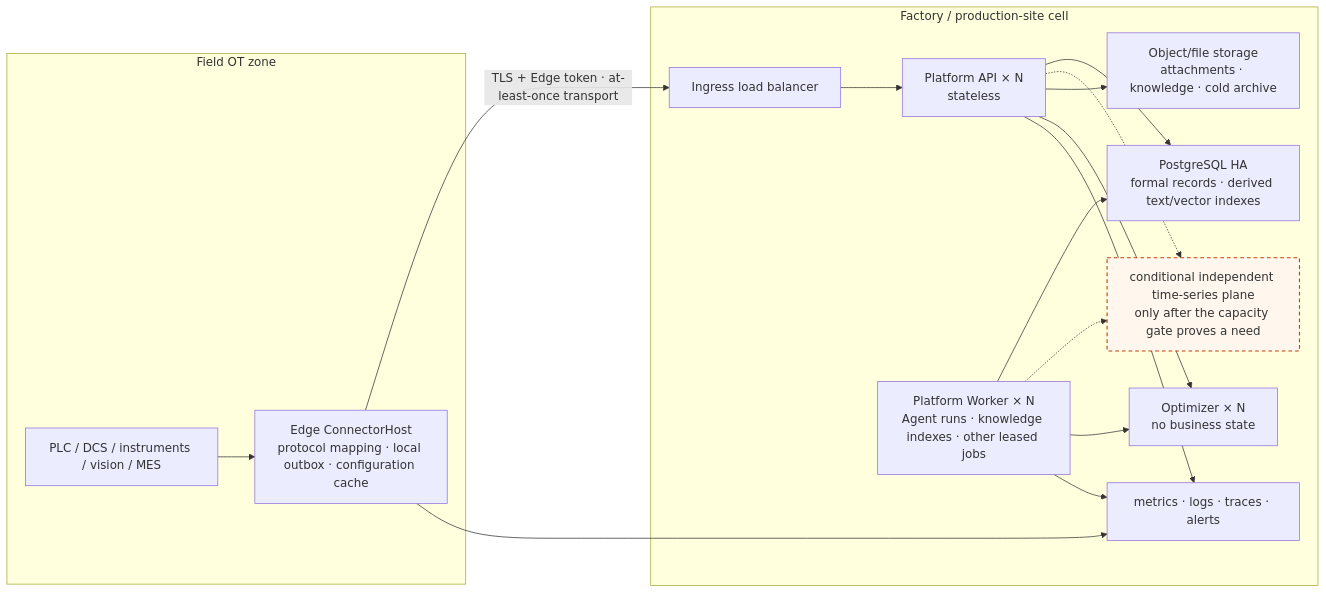
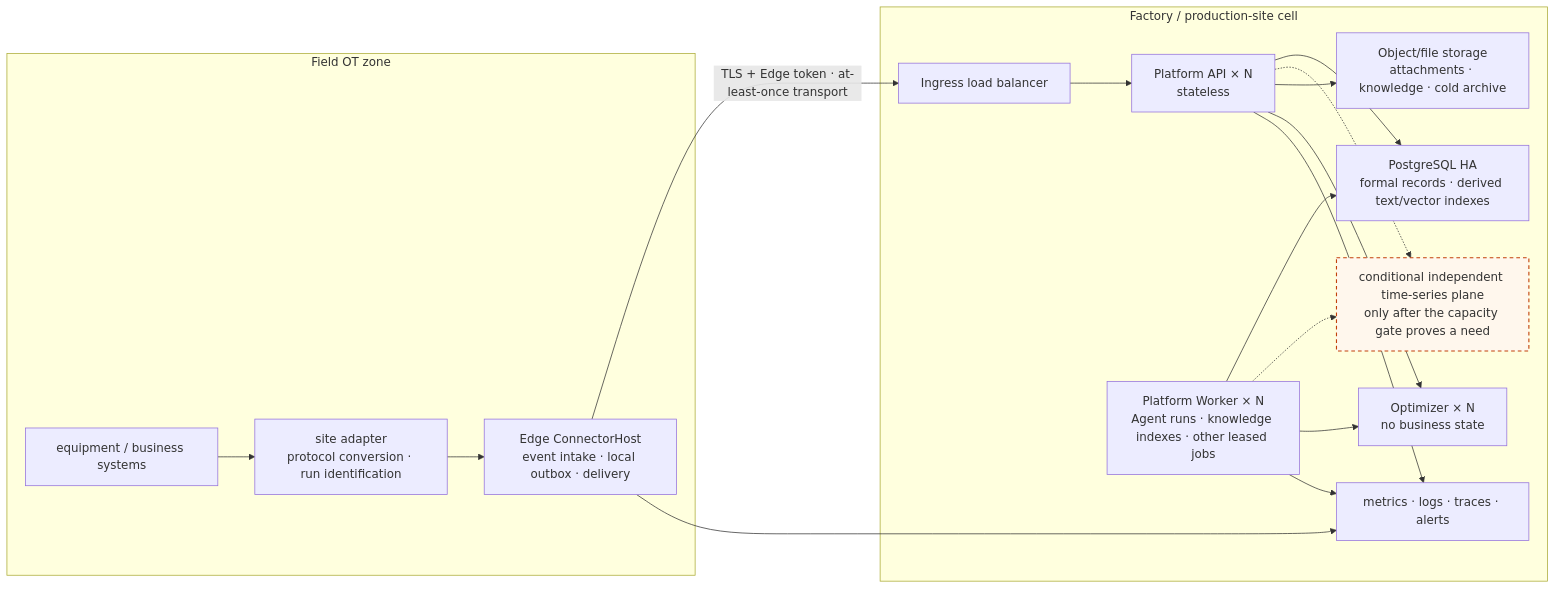
Before and after one commit to liuweichaox/Ingot: the diagram in docs/production-architecture.en.md, drawn with Mermaid. The commit also changed other lines of this file and 34 other files, not shown here.

````diff
--- a/docs/production-architecture.en.md
+++ b/docs/production-architecture.en.md
@@ -78,34 +78,35 @@
 ```mermaid
 flowchart LR
     subgraph OT["Field OT zone"]
-        Sources["PLC / DCS / instruments / vision / MES"]
-        Edge["Edge ConnectorHost\nprotocol mapping · local outbox · configuration cache"]
-        Sources --> Edge
+        Sources["equipment / business systems"]
+        Adapter["site adapter\nprotocol conversion · run identification"]
+        Edge["Edge ConnectorHost\nevent intake · local outbox · delivery"]
+        Sources --> Adapter --> Edge
     end
 
     subgraph Cell["Factory / production-site cell"]
         LB["Ingress load balancer"]
         Api["Platform API × N\nstateless"]
         Worker["Platform Worker × N\nAgent runs · knowledge indexes · other leased jobs"]
         Control["PostgreSQL HA\nformal records · derived text/vector indexes"]
         Series["conditional independent time-series plane\nonly after the capacity gate proves a need"]
         Files["Object/file storage\nattachments · knowledge · cold archive"]
         Optimizer["Optimizer × N\nno business state"]
         Observe["metrics · logs · traces · alerts"]
         LB --> Api
         Api --> Control
         Api -.-> Series
         Api --> Files
         Worker --> Control
         Worker -.-> Series
         Worker --> Optimizer
         Api --> Optimizer
         Api --> Observe
         Worker --> Observe
     end
 
     Edge -->|"TLS + Edge token · at-least-once transport"| LB
     Edge --> Observe
     classDef future fill:#FFF7ED,stroke:#C2410C,stroke-width:1.5px,stroke-dasharray:5 4
     class Series future
 ```
````
